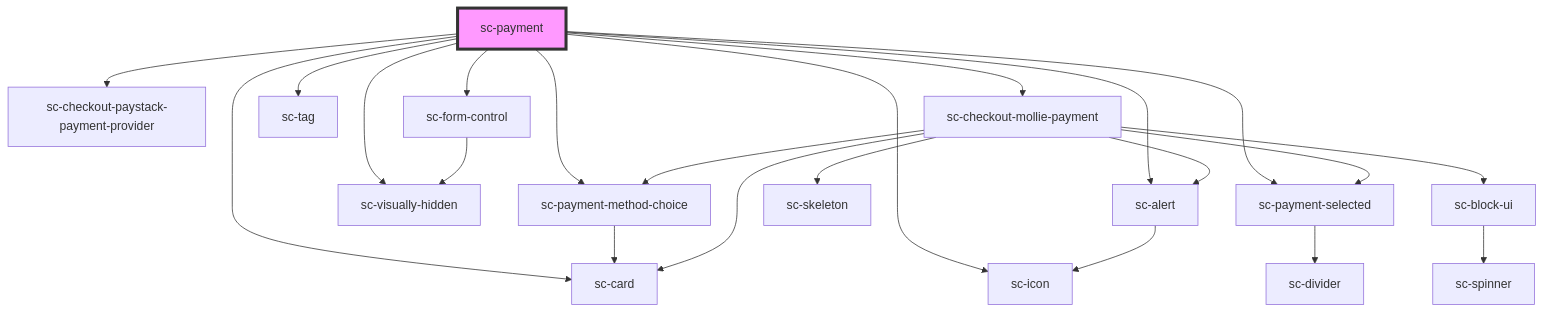
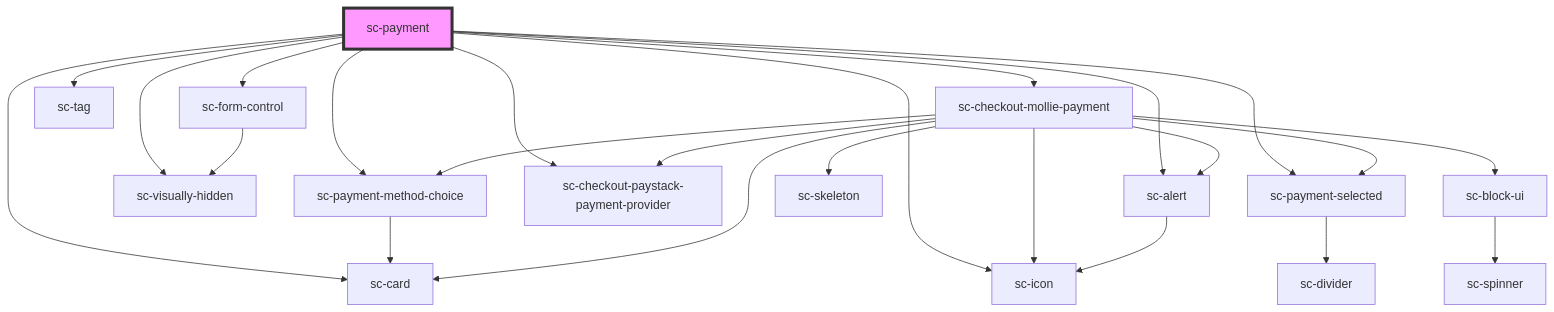
The diagram in packages/components/src/components/controllers/checkout-form/payment/readme.md (surecart/surecart-wp-plugin), drawn with Mermaid before and after one commit. The commit also changed 7 other files, not shown here.

Commit message:
Update SureCart version to 2.24.0-beta1, add test processor, improve store checkout form, and fix payment failure issue.

````diff
--- a/packages/components/src/components/controllers/checkout-form/payment/readme.md
+++ b/packages/components/src/components/controllers/checkout-form/payment/readme.md
@@ -47,25 +47,27 @@
 ```mermaid
 graph TD;
   sc-payment --> sc-payment-method-choice
   sc-payment --> sc-icon
   sc-payment --> sc-visually-hidden
   sc-payment --> sc-card
   sc-payment --> sc-payment-selected
   sc-payment --> sc-checkout-paystack-payment-provider
   sc-payment --> sc-form-control
   sc-payment --> sc-tag
   sc-payment --> sc-checkout-mollie-payment
   sc-payment --> sc-alert
   sc-payment-method-choice --> sc-card
   sc-payment-selected --> sc-divider
   sc-form-control --> sc-visually-hidden
   sc-checkout-mollie-payment --> sc-card
   sc-checkout-mollie-payment --> sc-skeleton
   sc-checkout-mollie-payment --> sc-alert
   sc-checkout-mollie-payment --> sc-payment-method-choice
   sc-checkout-mollie-payment --> sc-payment-selected
   sc-checkout-mollie-payment --> sc-block-ui
+  sc-checkout-mollie-payment --> sc-icon
+  sc-checkout-mollie-payment --> sc-checkout-paystack-payment-provider
   sc-alert --> sc-icon
   sc-block-ui --> sc-spinner
   style sc-payment fill:#f9f,stroke:#333,stroke-width:4px
 ```
````
